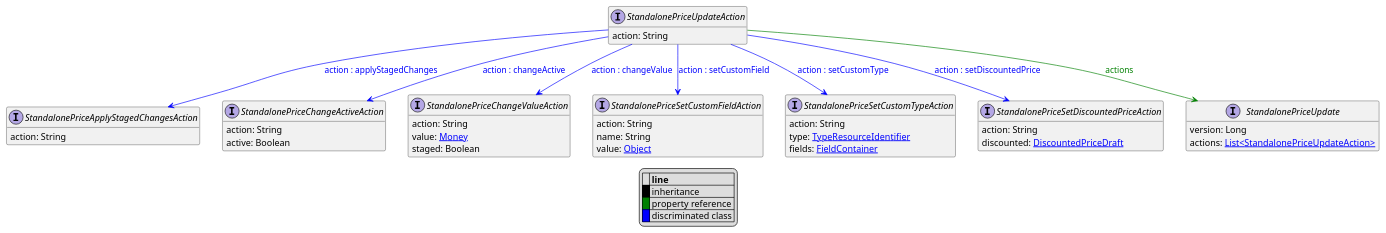
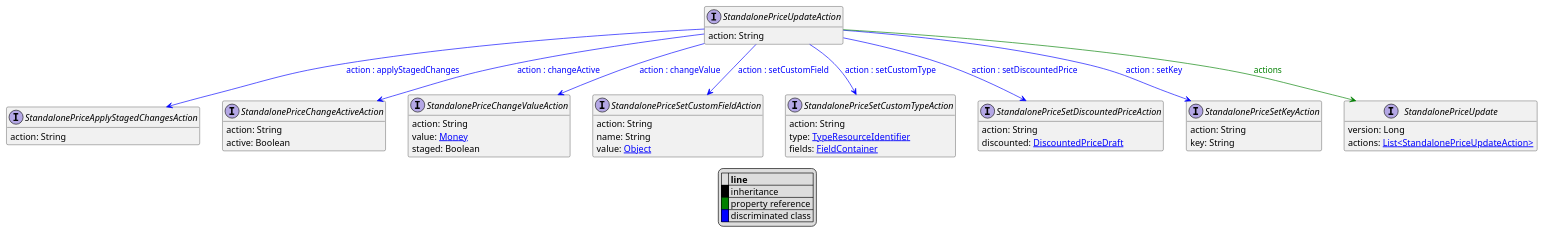
The diagram in uml/api/StandalonePriceUpdateAction.puml (commercetools/commercetools-api-reference), drawn with PlantUML before and after one commit. The commit also changed 29 other files, not shown here.

```diff
--- a/uml/api/StandalonePriceUpdateAction.puml
+++ b/uml/api/StandalonePriceUpdateAction.puml
@@ -1,53 +1,58 @@
 @startuml
 
 hide empty fields
 hide empty methods
 legend
 |= |= line |
 |<back:black>   </back>| inheritance |
 |<back:green>   </back>| property reference |
 |<back:blue>   </back>| discriminated class |
 endlegend
 interface StandalonePriceUpdateAction [[StandalonePriceUpdateAction.svg]]  {
     action: String
 }
 
 
 interface StandalonePriceApplyStagedChangesAction [[StandalonePriceApplyStagedChangesAction.svg]]  {
     action: String
 }
 interface StandalonePriceChangeActiveAction [[StandalonePriceChangeActiveAction.svg]]  {
     action: String
     active: Boolean
 }
 interface StandalonePriceChangeValueAction [[StandalonePriceChangeValueAction.svg]]  {
     action: String
     value: [[Money.svg Money]]
     staged: Boolean
 }
 interface StandalonePriceSetCustomFieldAction [[StandalonePriceSetCustomFieldAction.svg]]  {
     action: String
     name: String
     value: [[Object.svg Object]]
 }
 interface StandalonePriceSetCustomTypeAction [[StandalonePriceSetCustomTypeAction.svg]]  {
     action: String
     type: [[TypeResourceIdentifier.svg TypeResourceIdentifier]]
     fields: [[FieldContainer.svg FieldContainer]]
 }
 interface StandalonePriceSetDiscountedPriceAction [[StandalonePriceSetDiscountedPriceAction.svg]]  {
     action: String
     discounted: [[DiscountedPriceDraft.svg DiscountedPriceDraft]]
 }
+interface StandalonePriceSetKeyAction [[StandalonePriceSetKeyAction.svg]]  {
+    action: String
+    key: String
+}
 interface StandalonePriceUpdate [[StandalonePriceUpdate.svg]]  {
     version: Long
     actions: [[StandalonePriceUpdateAction.svg List<StandalonePriceUpdateAction>]]
 }
 StandalonePriceUpdateAction --> StandalonePriceApplyStagedChangesAction #blue;text:blue : "action : applyStagedChanges"
 StandalonePriceUpdateAction --> StandalonePriceChangeActiveAction #blue;text:blue : "action : changeActive"
 StandalonePriceUpdateAction --> StandalonePriceChangeValueAction #blue;text:blue : "action : changeValue"
 StandalonePriceUpdateAction --> StandalonePriceSetCustomFieldAction #blue;text:blue : "action : setCustomField"
 StandalonePriceUpdateAction --> StandalonePriceSetCustomTypeAction #blue;text:blue : "action : setCustomType"
 StandalonePriceUpdateAction --> StandalonePriceSetDiscountedPriceAction #blue;text:blue : "action : setDiscountedPrice"
+StandalonePriceUpdateAction --> StandalonePriceSetKeyAction #blue;text:blue : "action : setKey"
 StandalonePriceUpdateAction --> StandalonePriceUpdate #green;text:green : "actions"
 @enduml
```
